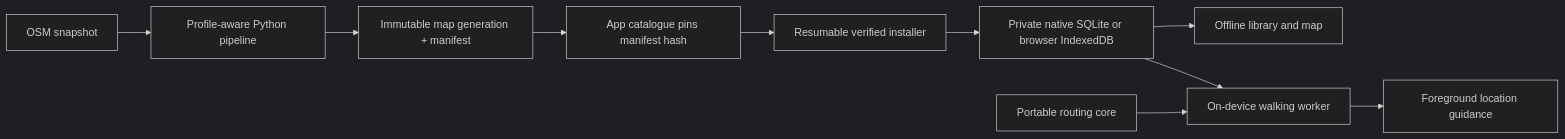
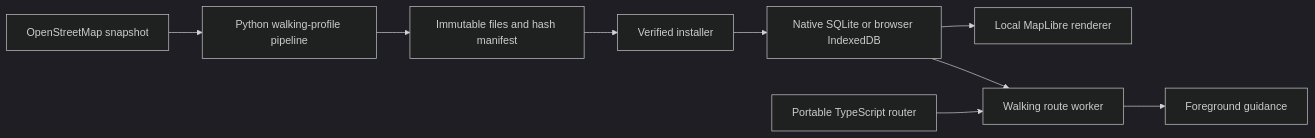
One commit to Stark2028/offgrid-emergency-nav changed the diagram in README.md. Above: the diagram before and after it, drawn with Mermaid (dark theme). The commit also changed other lines of this file and 1 other file, not shown here.

First line of the commit message:
Document Android setup, map delivery and release scope

````diff
--- a/README.md
+++ b/README.md
@@ -46,12 +125,11 @@
 ```mermaid
 flowchart LR
-    Source[OSM snapshot] --> Pipeline[Profile-aware Python pipeline]
-    Pipeline --> Pack[Immutable map generation + manifest]
-    Pack --> Catalogue[App catalogue pins manifest hash]
-    Catalogue --> Installer[Resumable verified installer]
-    Installer --> Store[Private native SQLite or browser IndexedDB]
-    Store --> UI[Offline library and map]
-    Store --> Worker[On-device walking worker]
-    Core[Portable routing core] --> Worker
-    Worker --> Guidance[Foreground location guidance]
+    OSM[OpenStreetMap snapshot] --> Pipeline[Python walking-profile pipeline]
+    Pipeline --> Pack[Immutable files and hash manifest]
+    Pack --> Installer[Verified installer]
+    Installer --> Storage[Native SQLite or browser IndexedDB]
+    Storage --> Map[Local MapLibre renderer]
+    Storage --> Worker[Walking route worker]
+    Core[Portable TypeScript router] --> Worker
+    Worker --> Guidance[Foreground guidance]
 ```
````
